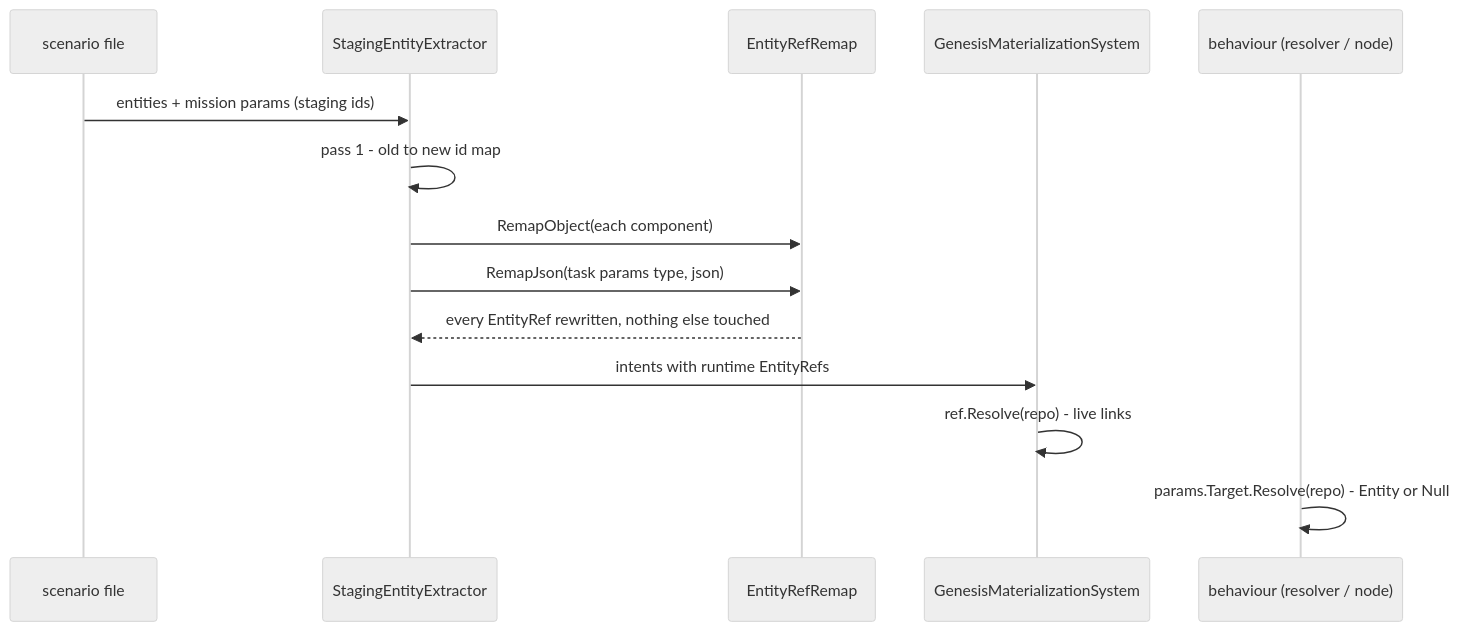
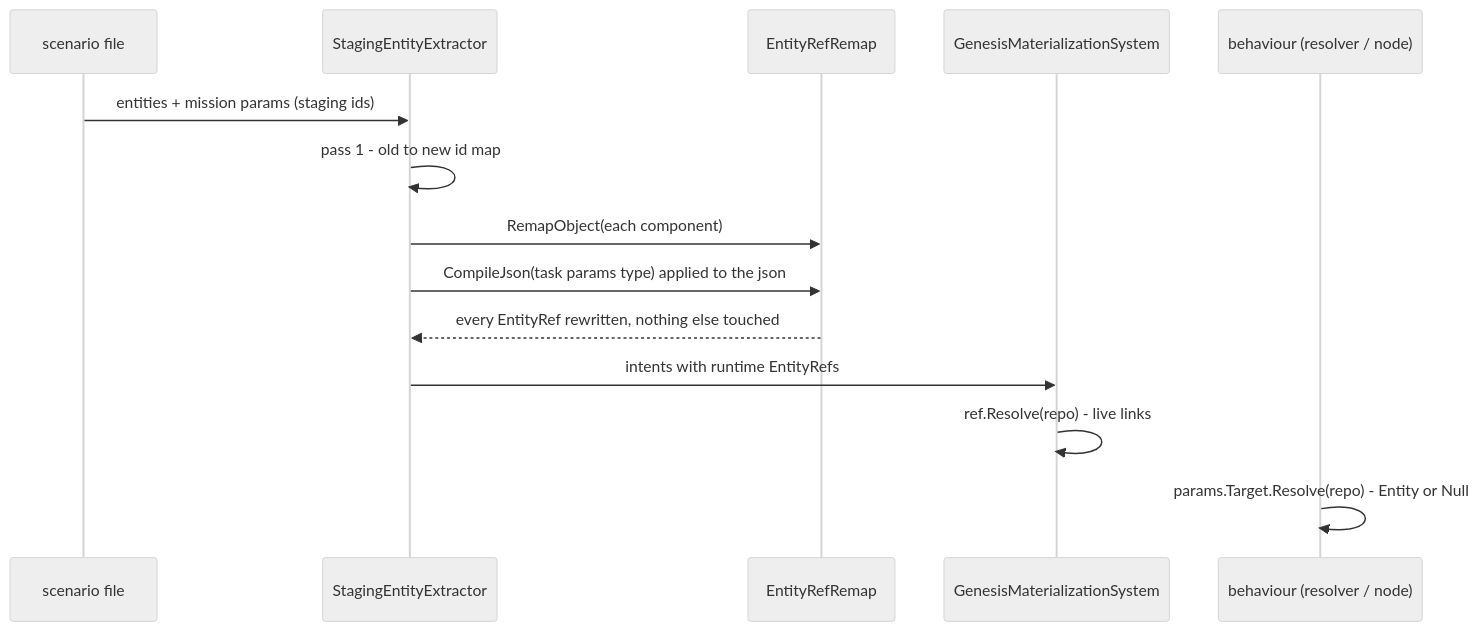
Before and after one commit to pjanec/HROT: the second of 3 diagrams in docs/blueprints/DESIGN_Entity_Reference.md, drawn with Mermaid (neutral theme). The commit also changed other lines of this file and 73 other files, not shown here.

````diff
--- a/docs/blueprints/DESIGN_Entity_Reference.md
+++ b/docs/blueprints/DESIGN_Entity_Reference.md
@@ -91,16 +91,16 @@
 ```mermaid
 sequenceDiagram
   participant F as scenario file
   participant X as StagingEntityExtractor
   participant R as EntityRefRemap
   participant G as GenesisMaterializationSystem
   participant B as behaviour (resolver / node)
   F->>X: entities + mission params (staging ids)
   X->>X: pass 1 - old to new id map
   X->>R: RemapObject(each component)
-  X->>R: RemapJson(task params type, json)
+  X->>R: CompileJson(task params type) applied to the json
   R-->>X: every EntityRef rewritten, nothing else touched
   X->>G: intents with runtime EntityRefs
   G->>G: ref.Resolve(repo) - live links
   B->>B: params.Target.Resolve(repo) - Entity or Null
 ```
````
